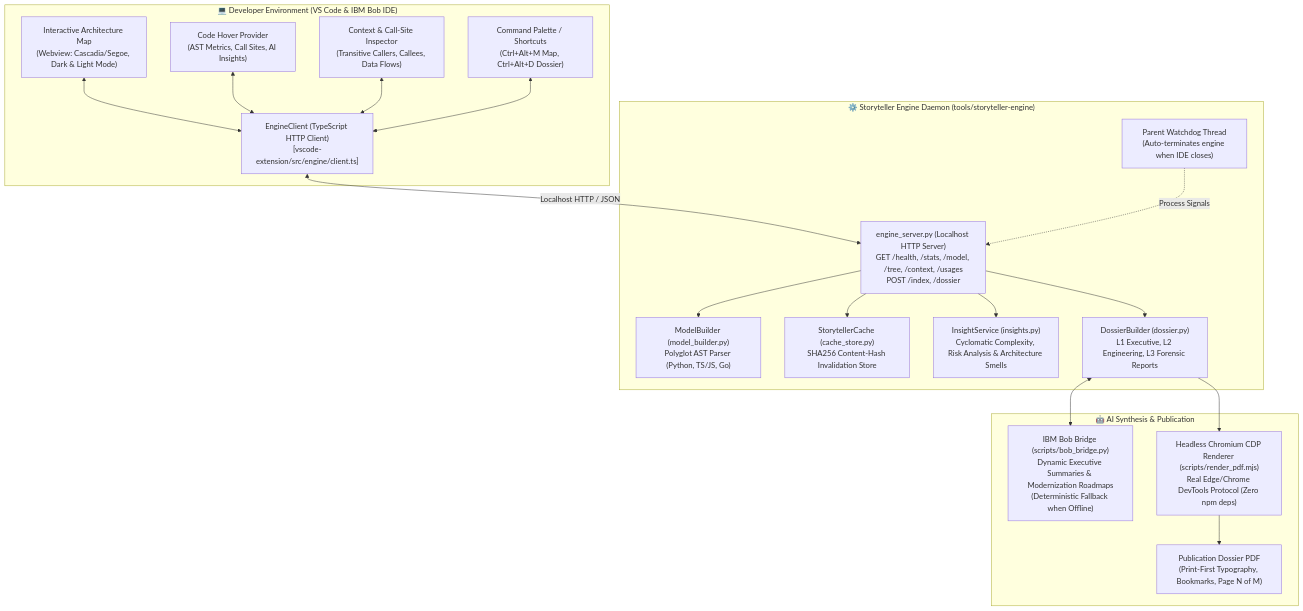
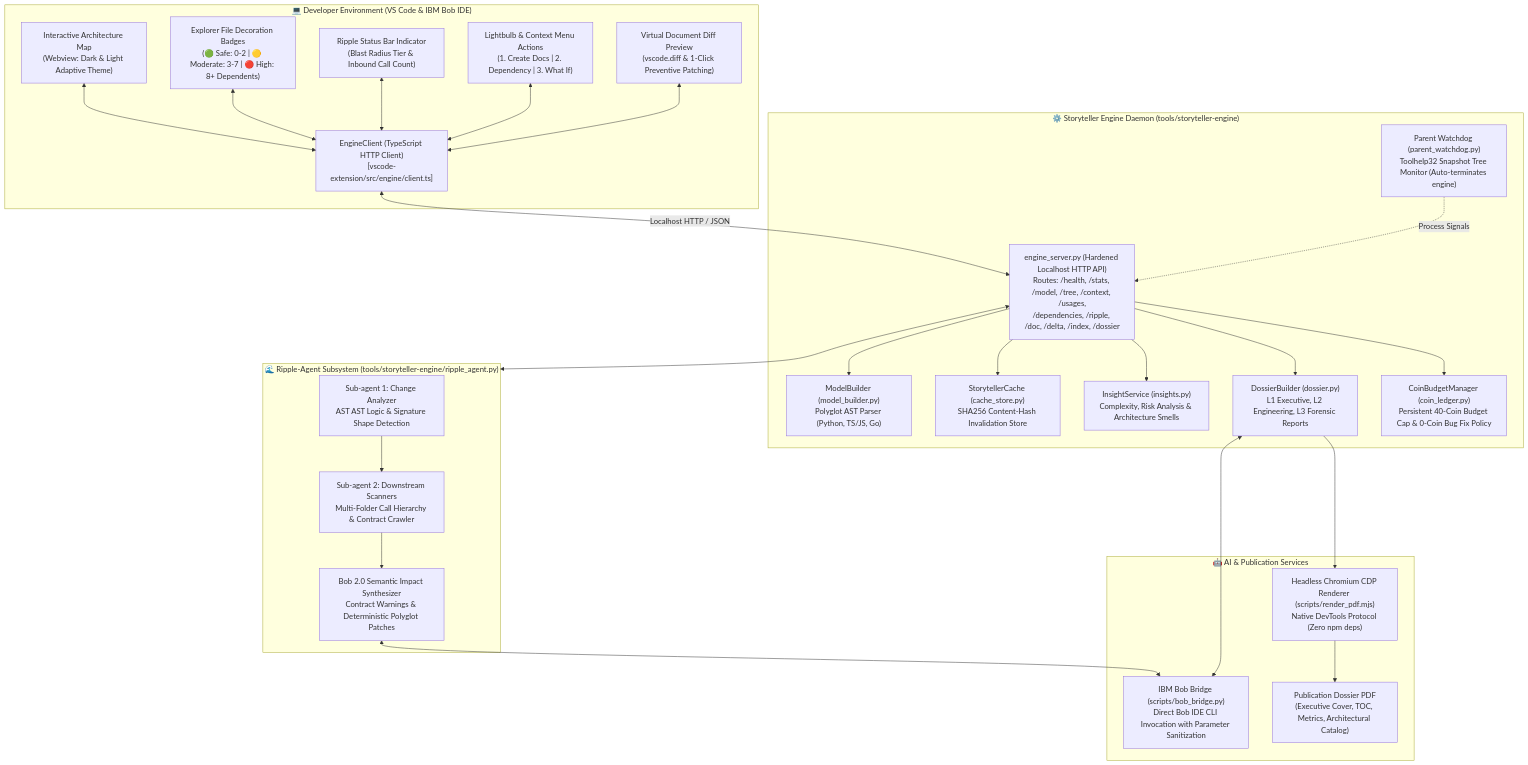
One commit to jashjain-1/ibm-bob-architecture-storyteller changed the second of 3 diagrams in README.md. Above: the diagram before and after it, drawn with Mermaid. The commit also changed other lines of this file and 24 other files, not shown here.

Commit message:
feat: implement Ripple-Agent impact engine, security hardening, and publication documentation

````diff
--- a/README.md
+++ b/README.md
@@ -16,41 +55,56 @@
 ```mermaid
 flowchart TD
     subgraph Host["💻 Developer Environment (VS Code & IBM Bob IDE)"]
-        UI_Tree["Interactive Architecture Map\n(Webview: Cascadia/Segoe, Dark & Light Mode)"]
-        Hover["Code Hover Provider\n(AST Metrics, Call Sites, AI Insights)"]
-        Inspector["Context & Call-Site Inspector\n(Transitive Callers, Callees, Data Flows)"]
-        Commands["Command Palette / Shortcuts\n(Ctrl+Alt+M Map, Ctrl+Alt+D Dossier)"]
+        UI_Tree["Interactive Architecture Map\n(Webview: Dark & Light Adaptive Theme)"]
+        Badges["Explorer File Decoration Badges\n(🟢 Safe: 0-2 | 🟡 Moderate: 3-7 | 🔴 High: 8+ Dependents)"]
+        StatusBar["Ripple Status Bar Indicator\n(Blast Radius Tier & Inbound Call Count)"]
+        Lightbulb["Lightbulb & Context Menu Actions\n(1. Create Docs | 2. Dependency | 3. What If)"]
+        DiffPreview["Virtual Document Diff Preview\n(vscode.diff & 1-Click Preventive Patching)"]
         Client["EngineClient (TypeScript HTTP Client)\n[vscode-extension/src/engine/client.ts]"]
     end
 
     subgraph Daemon["⚙️ Storyteller Engine Daemon (tools/storyteller-engine)"]
-        Server["engine_server.py (Localhost HTTP Server)\nGET /health, /stats, /model, /tree, /context, /usages\nPOST /index, /dossier"]
-        Watchdog["Parent Watchdog Thread\n(Auto-terminates engine when IDE closes)"]
+        Server["engine_server.py (Hardened Localhost HTTP API)\nRoutes: /health, /stats, /model, /tree, /context, /usages,\n/dependencies, /ripple, /doc, /delta, /index, /dossier"]
+        Watchdog["Parent Watchdog (parent_watchdog.py)\nToolhelp32 Snapshot Tree Monitor (Auto-terminates engine)"]
         Model["ModelBuilder (model_builder.py)\nPolyglot AST Parser (Python, TS/JS, Go)"]
         Cache["StorytellerCache (cache_store.py)\nSHA256 Content-Hash Invalidation Store"]
-        Insights["InsightService (insights.py)\nCyclomatic Complexity, Risk Analysis & Architecture Smells"]
+        Insights["InsightService (insights.py)\nComplexity, Risk Analysis & Architecture Smells"]
         Dossier["DossierBuilder (dossier.py)\nL1 Executive, L2 Engineering, L3 Forensic Reports"]
+        Ledger["CoinBudgetManager (coin_ledger.py)\nPersistent 40-Coin Budget Cap & 0-Coin Bug Fix Policy"]
     end
 
-    subgraph AI["🤖 AI Synthesis & Publication"]
-        BobBridge["IBM Bob Bridge (scripts/bob_bridge.py)\nDynamic Executive Summaries & Modernization Roadmaps\n(Deterministic Fallback when Offline)"]
-        Renderer["Headless Chromium CDP Renderer (scripts/render_pdf.mjs)\nReal Edge/Chrome DevTools Protocol (Zero npm deps)"]
-        PDF["Publication Dossier PDF\n(Print-First Typography, Bookmarks, Page N of M)"]
+    subgraph RippleCore["🌊 Ripple-Agent Subsystem (tools/storyteller-engine/ripple_agent.py)"]
+        Sub1["Sub-agent 1: Change Analyzer\nAST AST Logic & Signature Shape Detection"]
+        Sub2["Sub-agent 2: Downstream Scanners\nMulti-Folder Call Hierarchy & Contract Crawler"]
+        Synthesizer["Bob 2.0 Semantic Impact Synthesizer\nContract Warnings & Deterministic Polyglot Patches"]
+    end
+
+    subgraph AI["🤖 AI & Publication Services"]
+        BobBridge["IBM Bob Bridge (scripts/bob_bridge.py)\nDirect Bob IDE CLI Invocation with Parameter Sanitization"]
+        Renderer["Headless Chromium CDP Renderer (scripts/render_pdf.mjs)\nNative DevTools Protocol (Zero npm deps)"]
+        PDF["Publication Dossier PDF\n(Executive Cover, TOC, Metrics, Architectural Catalog)"]
     end
 
     UI_Tree <--> Client
-    Hover <--> Client
-    Inspector <--> Client
-    Commands <--> Client
+    Badges <--> Client
+    StatusBar <--> Client
+    Lightbulb <--> Client
+    DiffPreview <--> Client
 
     Client <-->|Localhost HTTP / JSON| Server
     Server --> Model
     Server --> Cache
     Server --> Insights
     Server --> Dossier
+    Server --> Ledger
+    Server <--> RippleCore
+
+    Sub1 --> Sub2
+    Sub2 --> Synthesizer
+    Synthesizer <--> BobBridge
     Watchdog -.->|Process Signals| Server
 
     Dossier <--> BobBridge
     Dossier --> Renderer
     Renderer --> PDF
 ```
````
